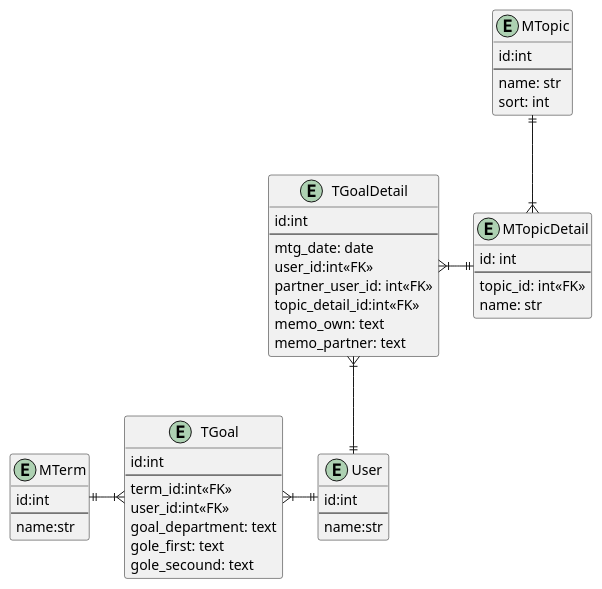
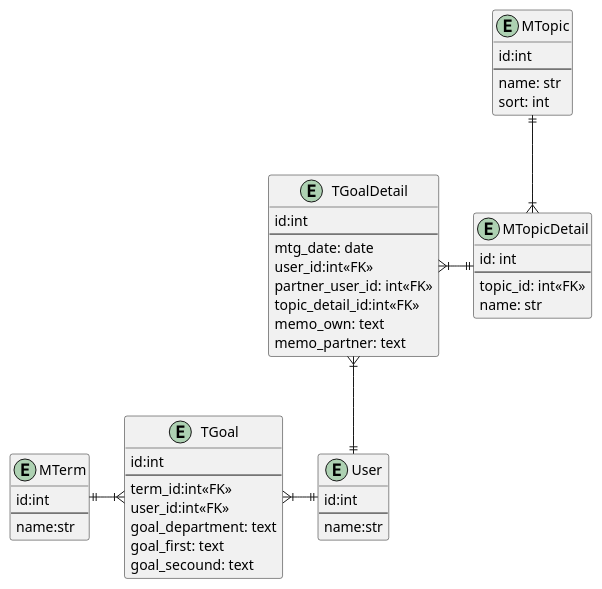
One commit to codershisho/my-goal changed the diagram in docs/001.システムイメージ/index.md. Above: the diagram before and after it, drawn with PlantUML. The commit also changed 1 other file, not shown here.

Commit message:
マイグレーション修正

````diff
--- a/docs/001.システムイメージ/index.md
+++ b/docs/001.システムイメージ/index.md
@@ -22,63 +22,63 @@
 ```plantuml
 @startuml
 
 skinparam linetype ortho
 
 entity User {
     id:int
     --
     name:str
 }
 entity MTerm {
     id:int
     --
     name:str
 }
 
 entity MTopic {
     id:int
     --
     name: str
     sort: int
 }
 
 entity MTopicDetail {
     id: int
     --
     topic_id: int<<FK>>
     name: str
 }
 
 entity TGoal {
     id:int
     --
     term_id:int<<FK>>
     user_id:int<<FK>>
     goal_department: text
-    gole_first: text
-    gole_secound: text
+    goal_first: text
+    goal_secound: text
 }
 
 entity TGoalDetail {
     id:int
     --
     mtg_date: date
     user_id:int<<FK>>
     partner_user_id: int<<FK>>
     topic_detail_id:int<<FK>>
     memo_own: text
     memo_partner: text
 }
 
 
 MTopic||-d-|{ MTopicDetail
 
 TGoalDetail }|-d-|| User
 TGoalDetail }|-r-|| MTopicDetail
 
 TGoal }|-||User
 TGoal }|-l-||MTerm
 
 
 @enduml
 ```
````
